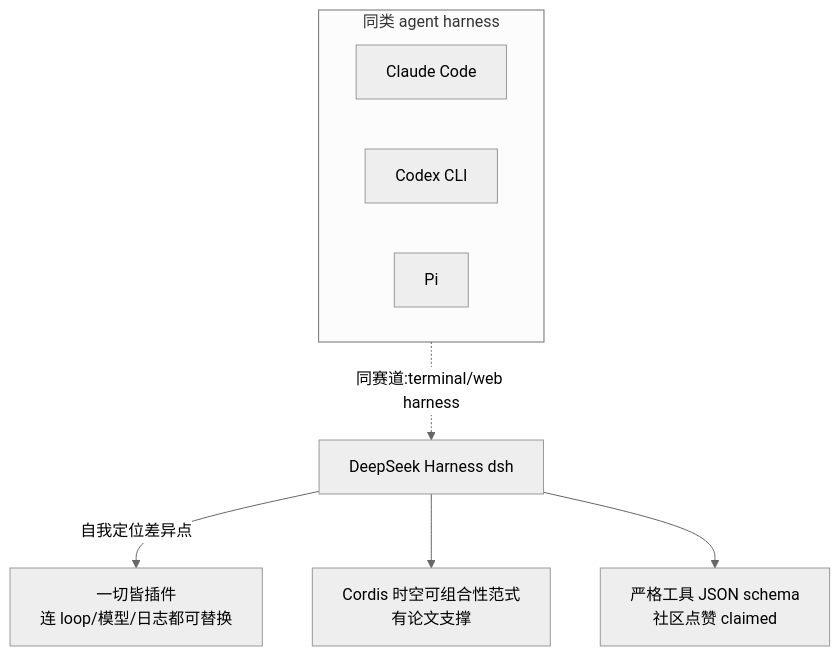
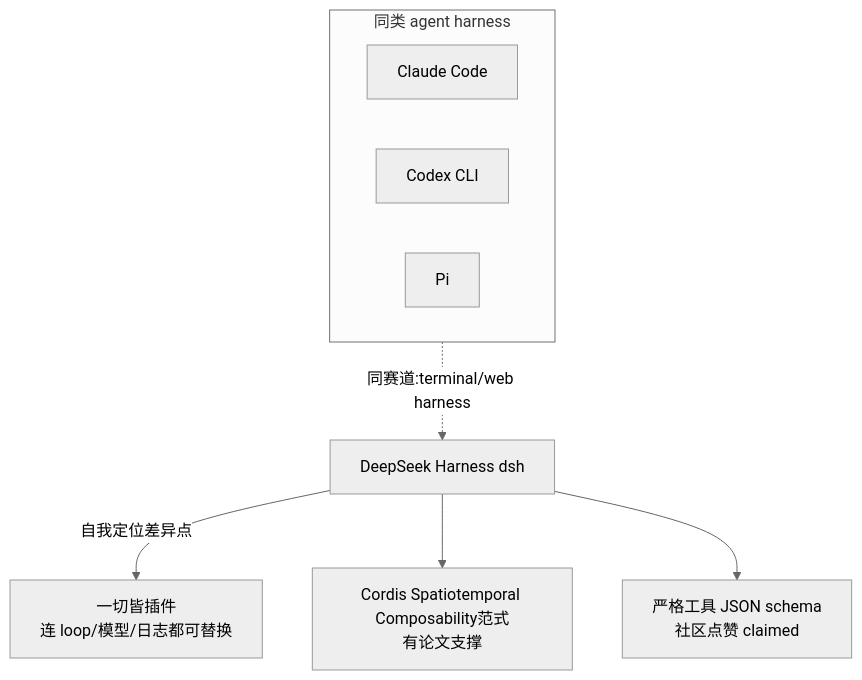
Before and after one commit to xiaonancs/deepseek-harness-deep-dive: the third of 4 diagrams in Part I Principles and Usage/01-定位与预览.md, drawn with Mermaid. The commit also changed other lines of this file and 23 other files, not shown here.

````diff
--- a/Part I Principles and Usage/01-定位与预览.md
+++ b/Part I Principles and Usage/01-定位与预览.md
@@ -118,14 +118,14 @@
 ```mermaid
 %%{init: {'theme':'neutral'}}%%
 flowchart TB
   subgraph Peers[同类 agent harness]
     CC[Claude Code]
     CX[Codex CLI]
     Pi[Pi]
   end
   DSH["DeepSeek Harness dsh"]
   DSH -->|自我定位差异点| K1["一切皆插件<br/>连 loop/模型/日志都可替换"]
-  DSH --> K2["Cordis 时空可组合性范式<br/>有论文支撑"]
+  DSH --> K2["Cordis Spatiotemporal Composability范式<br/>有论文支撑"]
   DSH --> K3["严格工具 JSON schema<br/>社区点赞 claimed"]
   Peers -.同赛道:terminal/web harness.-> DSH
 ```
````
